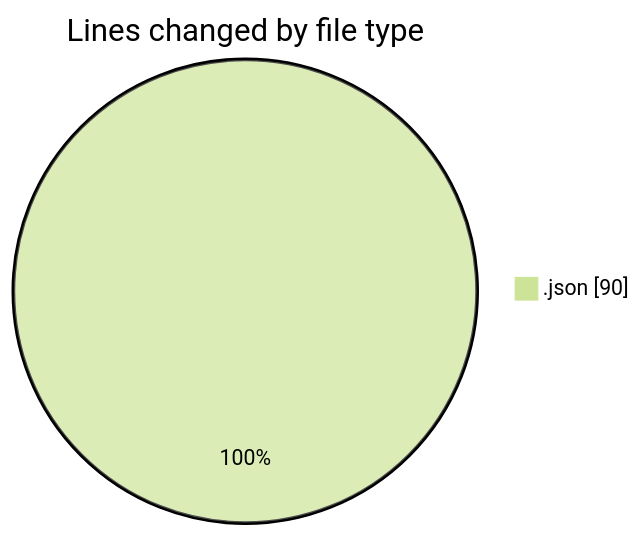
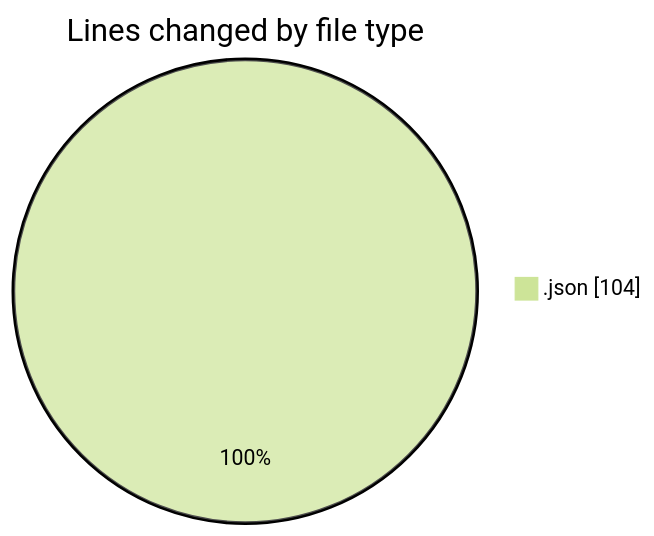
The first of 2 diagrams in 2025-08-15/fresh_start/README.md (EIIisD/code-tracking), drawn with Mermaid (forest theme) before and after one commit. The commit also changed other lines of this file and 1 other file, not shown here.

````diff
--- a/2025-08-15/fresh_start/README.md
+++ b/2025-08-15/fresh_start/README.md
@@ -24,5 +24,5 @@
 ```mermaid
 pie showData
 title Lines changed by file type
-".json" : 90
+".json" : 104
 ```
````
